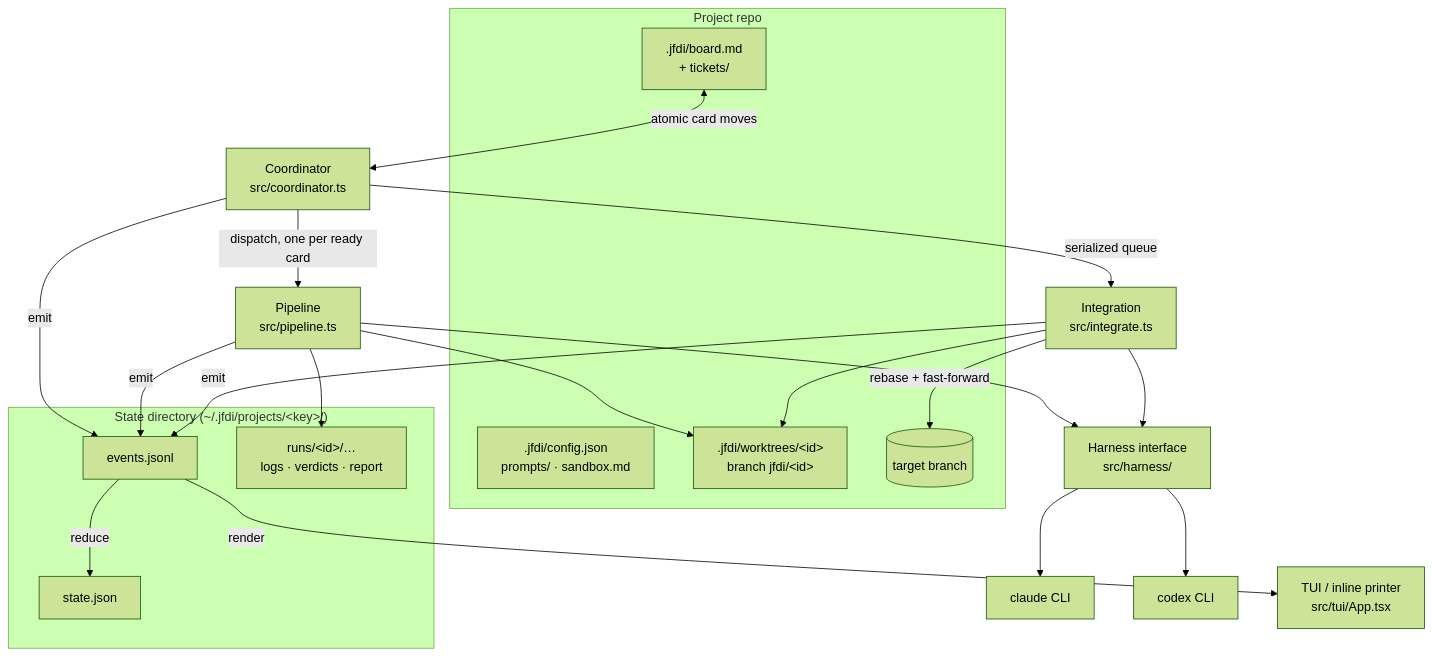
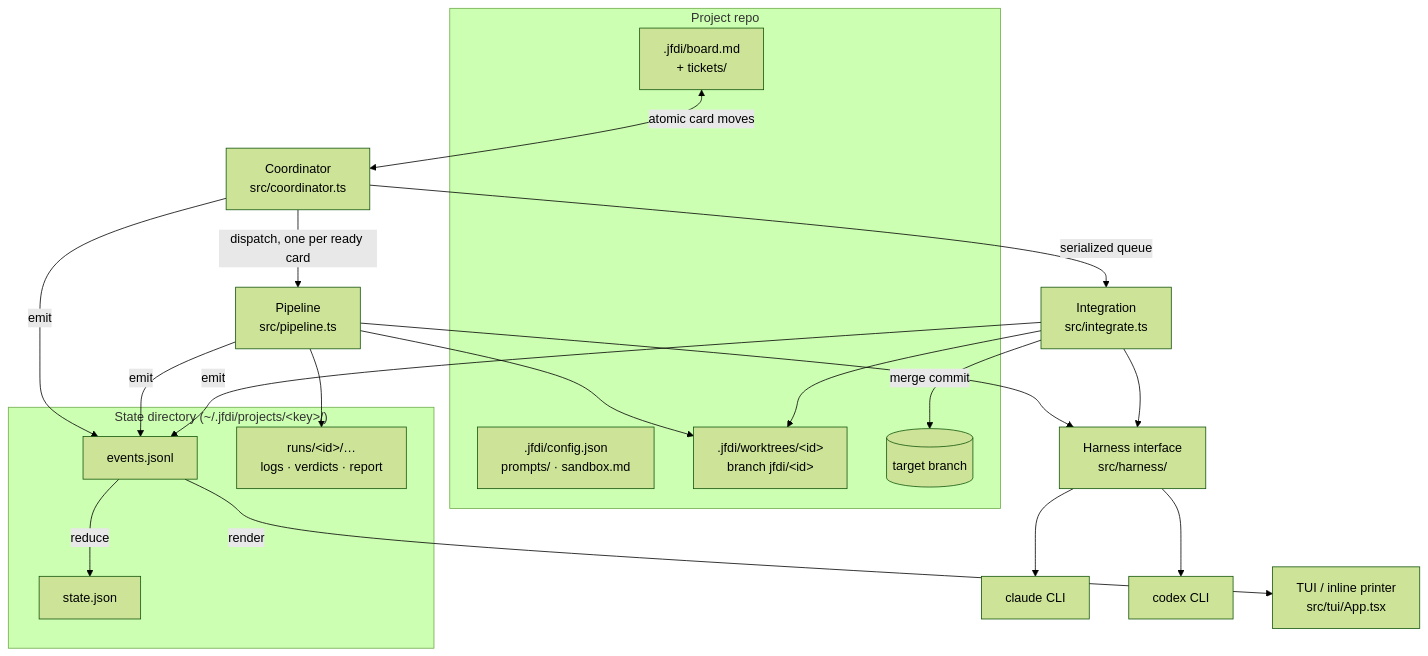
One commit to rdaruszka/jfdi changed the first of 2 diagrams in docs/architecture/overview.md. Above: the diagram before and after it, drawn with Mermaid (forest theme). The commit also changed other lines of this file and 11 other files, not shown here.

First line of the commit message:
Docs: integration lands a merge commit

````diff
--- a/docs/architecture/overview.md
+++ b/docs/architecture/overview.md
@@ -24,40 +24,40 @@
 ```mermaid
 flowchart TB
     subgraph project [Project repo]
         BOARD[".jfdi/board.md<br/>+ tickets/"]
         CONFIG[".jfdi/config.json<br/>prompts/ · sandbox.md"]
         WT[".jfdi/worktrees/&lt;id&gt;<br/>branch jfdi/&lt;id&gt;"]
         TARGET[(target branch)]
     end
 
     subgraph statedir ["State directory (~/.jfdi/projects/&lt;key&gt;/)"]
         EV[events.jsonl]
         SNAP[state.json]
         RUNS[runs/&lt;id&gt;/…<br/>logs · verdicts · report]
     end
 
     COORD[Coordinator<br/>src/coordinator.ts]
     PIPE[Pipeline<br/>src/pipeline.ts]
     INT[Integration<br/>src/integrate.ts]
     HARNESS[Harness interface<br/>src/harness/]
     CLI_A[claude CLI]
     CLI_B[codex CLI]
     TUI[TUI / inline printer<br/>src/tui/App.tsx]
 
     BOARD <-->|atomic card moves| COORD
     COORD -->|dispatch, one per ready card| PIPE
     COORD -->|serialized queue| INT
     PIPE --> HARNESS
     INT --> HARNESS
     HARNESS --> CLI_A
     HARNESS --> CLI_B
     PIPE --> WT
     INT --> WT
-    INT -->|rebase + fast-forward| TARGET
+    INT -->|merge commit| TARGET
     COORD -->|emit| EV
     PIPE -->|emit| EV
     INT -->|emit| EV
     EV -->|reduce| SNAP
     EV -->|render| TUI
     PIPE --> RUNS
 ```
````
